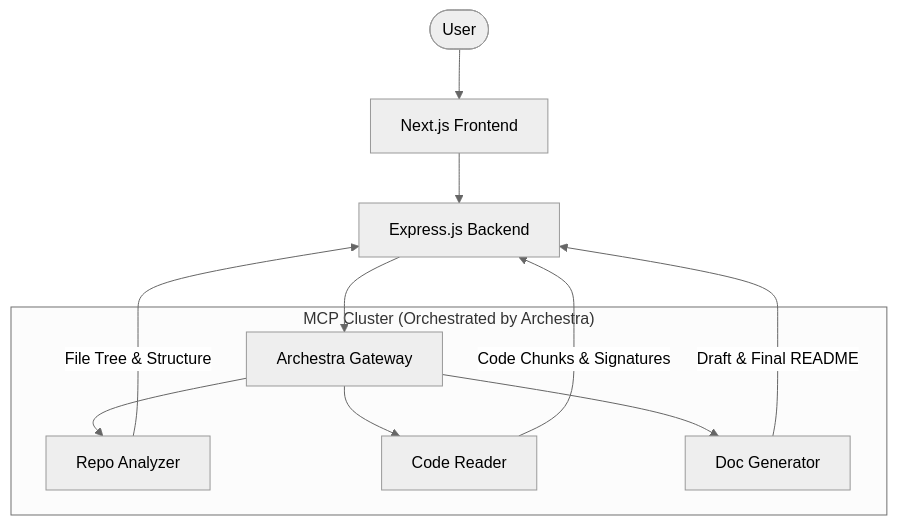
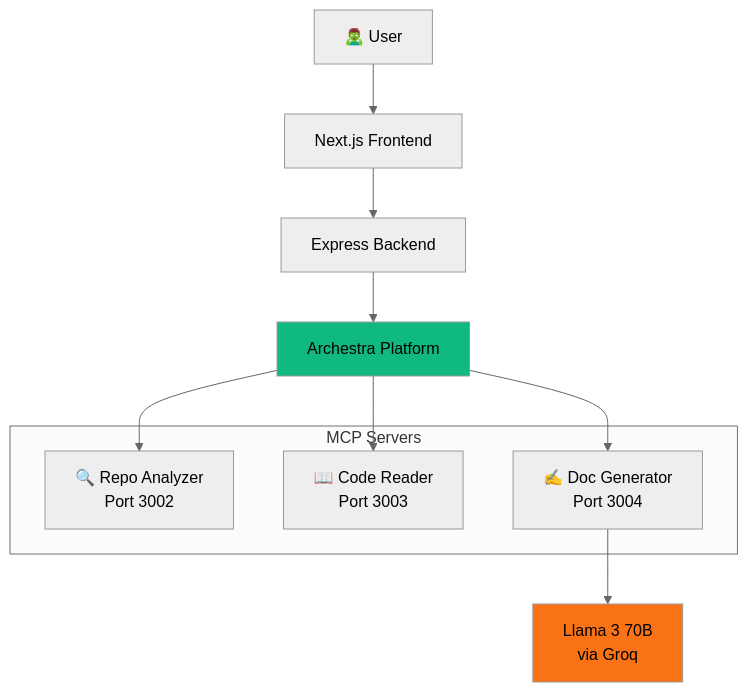
One commit to yadnyeshkolte/readmere changed the diagram in README.md. Above: the diagram before and after it, drawn with Mermaid (neutral theme). The commit also changed other lines of this file and 9 other files, not shown here.

````diff
--- a/README.md
+++ b/README.md
@@ -51,16 +25,21 @@
 ```mermaid
-graph TD
-    User([User]) --> Frontend[Next.js Frontend]
-    Frontend --> Backend[Express.js Backend]
-    Backend --> Archestra[Archestra Gateway]
+graph TB
+    User[🧟‍♂️ User] --> Frontend[Next.js Frontend]
+    Frontend --> Backend[Express Backend]
+    Backend --> Archestra[Archestra Platform]
     
-    subgraph "MCP Cluster (Orchestrated by Archestra)"
-        Archestra --> A1[Repo Analyzer]
-        Archestra --> A2[Code Reader]
-        Archestra --> A3[Doc Generator]
+    subgraph "MCP Servers"
+        RA[🔍 Repo Analyzer<br/>Port 3002]
+        CR[📖 Code Reader<br/>Port 3003]
+        DG[✍️ Doc Generator<br/>Port 3004]
     end
-
-    A1 -- "File Tree & Structure" --> Backend
-    A2 -- "Code Chunks & Signatures" --> Backend
-    A3 -- "Draft & Final README" --> Backend
+    
+    Archestra --> RA
+    Archestra --> CR
+    Archestra --> DG
+    
+    DG --> Groq[Llama 3 70B<br/>via Groq]
+    
+    style Archestra fill:#10b981,color:#000
+    style Groq fill:#f97316,color:#000
 ```
````
